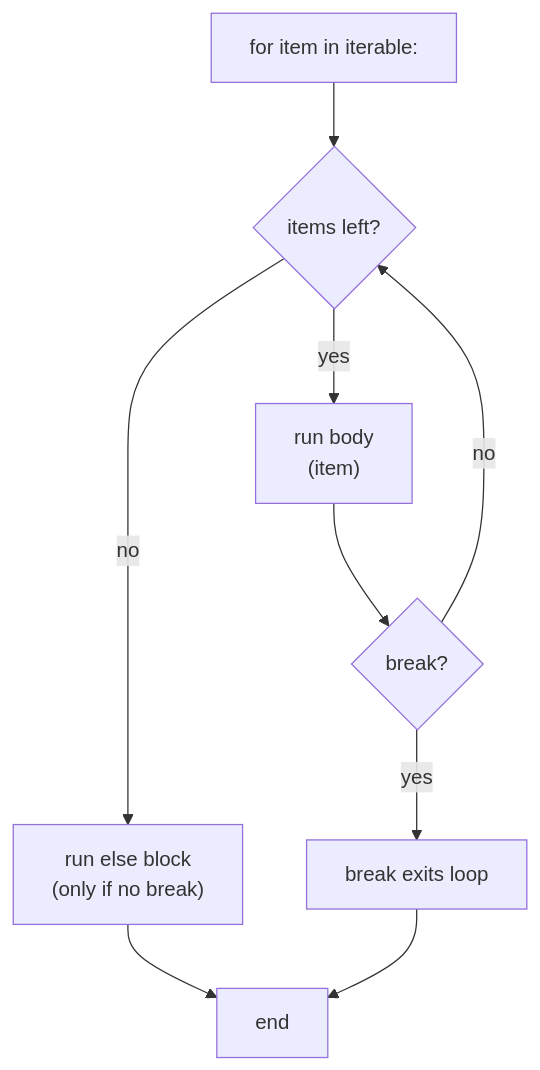
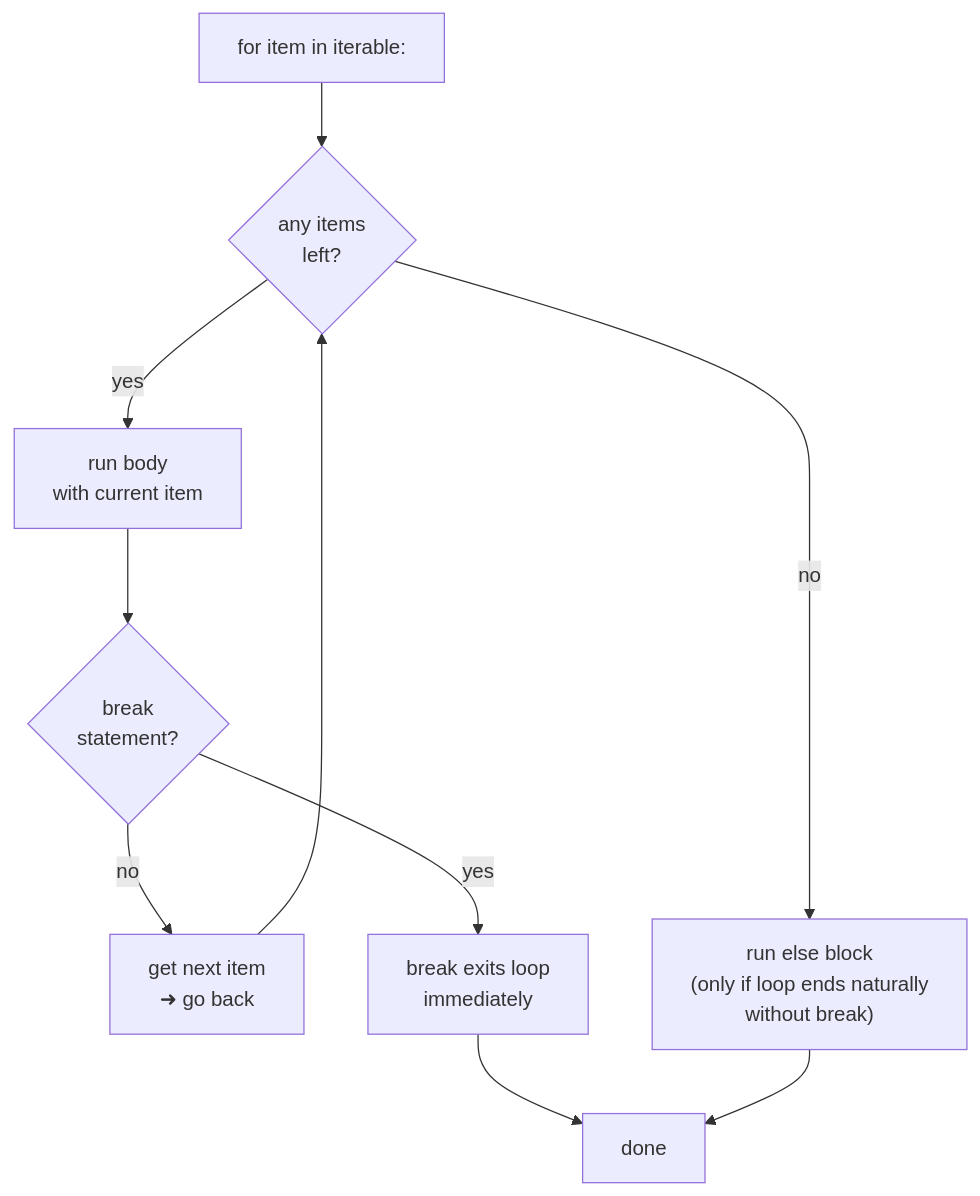
The diagram in Python-DSA-CheatSheet/03_Control_Flow/for_loop.md (tamilselvan-sde/python-dsa), drawn with Mermaid before and after one commit. The commit also changed 3 other files, not shown here.

Commit message:
add Mermaid diagrams for control flow statements in cheatsheets

````diff
--- a/Python-DSA-CheatSheet/03_Control_Flow/for_loop.md
+++ b/Python-DSA-CheatSheet/03_Control_Flow/for_loop.md
@@ -294,19 +294,19 @@
 ```mermaid
 flowchart TD
     Start["for item in iterable:"]
-    Check{"items left?"}
-    Body["run body<br/>(item)"]
-    BreakCheck{"break?"}
-    ElseBlock["run else block<br/>(only if no break)"]
-    BreakExit["break exits loop"]
-    End["end"]
+    Check{"any items<br/>left?"}
+    Body["run body<br/>with current item"]
+    Next["get next item<br/>➜ go back"]
+    BreakCheck{"break<br/>statement?"}
+    Exit["break exits loop<br/>immediately"]
+    ElseBlock["run else block<br/>(only if loop ends naturally<br/>without break)"]
+    Done["done"]
 
     Start --> Check
     Check -- yes --> Body
     Body --> BreakCheck
-    BreakCheck -- no --> Check
-    BreakCheck -- yes --> BreakExit
-    Check -- no --> ElseBlock
-    ElseBlock --> End
-    BreakExit --> End
+    BreakCheck -- no --> Next
+    Next --> Check
+    BreakCheck -- yes --> Exit --> Done
+    Check -- no --> ElseBlock --> Done
 ```
````
